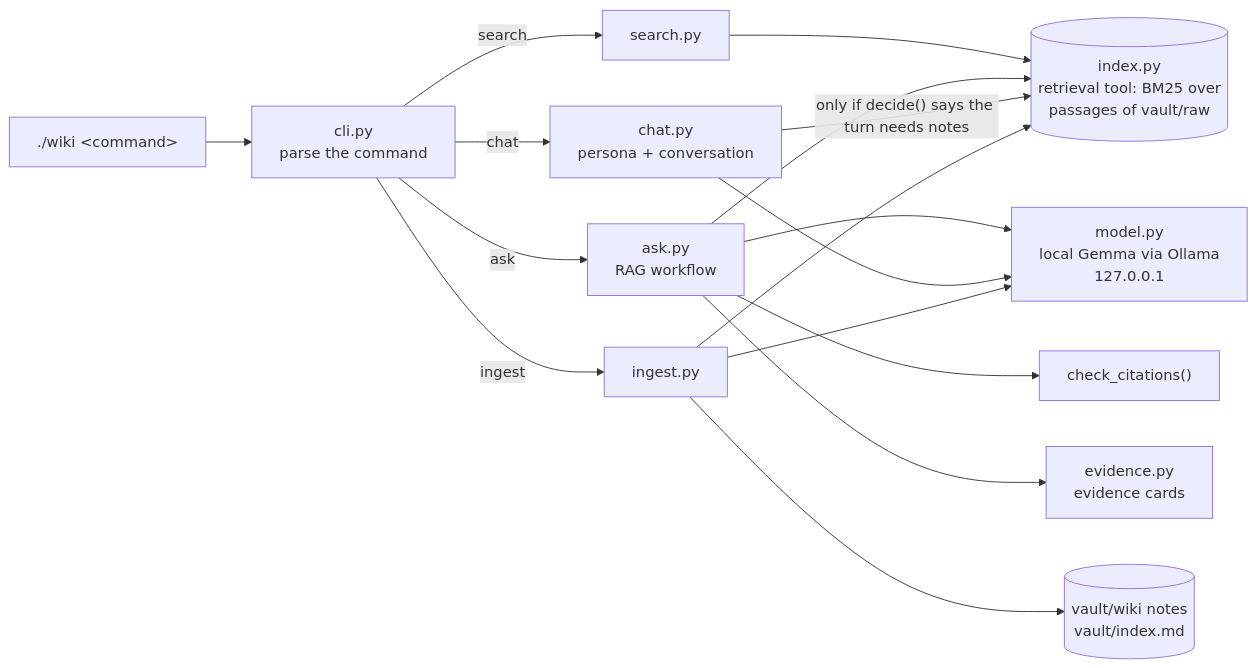
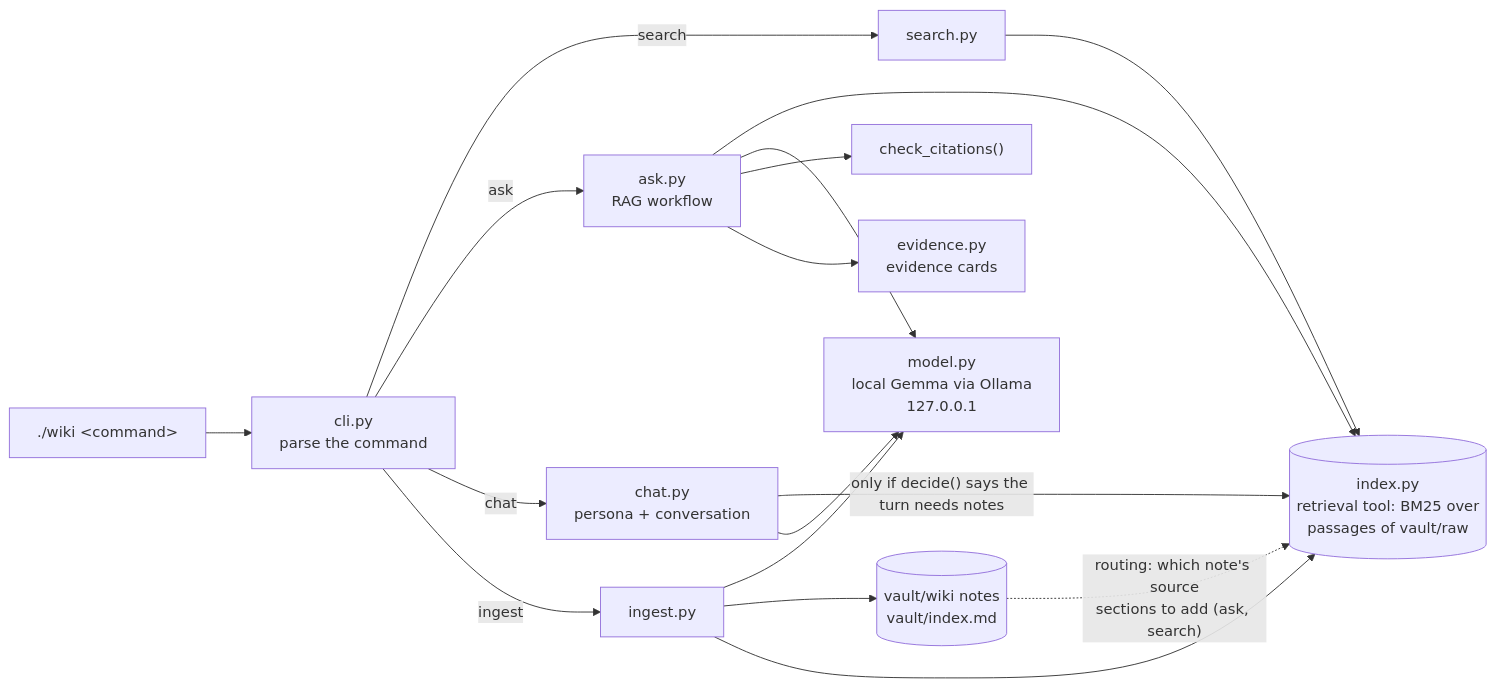
Before and after one commit to BuildingBrian/personal-wiki: the diagram in README.md, drawn with Mermaid. The commit also changed other lines of this file and 47 other files, not shown here.

````diff
--- a/README.md
+++ b/README.md
@@ -130,18 +131,19 @@
 ```mermaid
 flowchart LR
     U["./wiki &lt;command&gt;"] --> CLI["cli.py<br/>parse the command"]
     CLI -->|search| S["search.py"]
     CLI -->|ask| A["ask.py<br/>RAG workflow"]
     CLI -->|chat| C["chat.py<br/>persona + conversation"]
     CLI -->|ingest| I["ingest.py"]
     S --> R[("index.py<br/>retrieval tool: BM25 over<br/>passages of vault/raw")]
     A --> R
     C -->|"only if decide() says the turn needs notes"| R
     A --> M["model.py<br/>local Gemma via Ollama<br/>127.0.0.1"]
     C --> M
     I --> M
     A --> K["check_citations()"]
     A --> E["evidence.py<br/>evidence cards"]
     I --> W[("vault/wiki notes<br/>vault/index.md")]
     I --> R
+    W -.->|"routing: which note's source<br/>sections to add (ask, search)"| R
 ```
````
